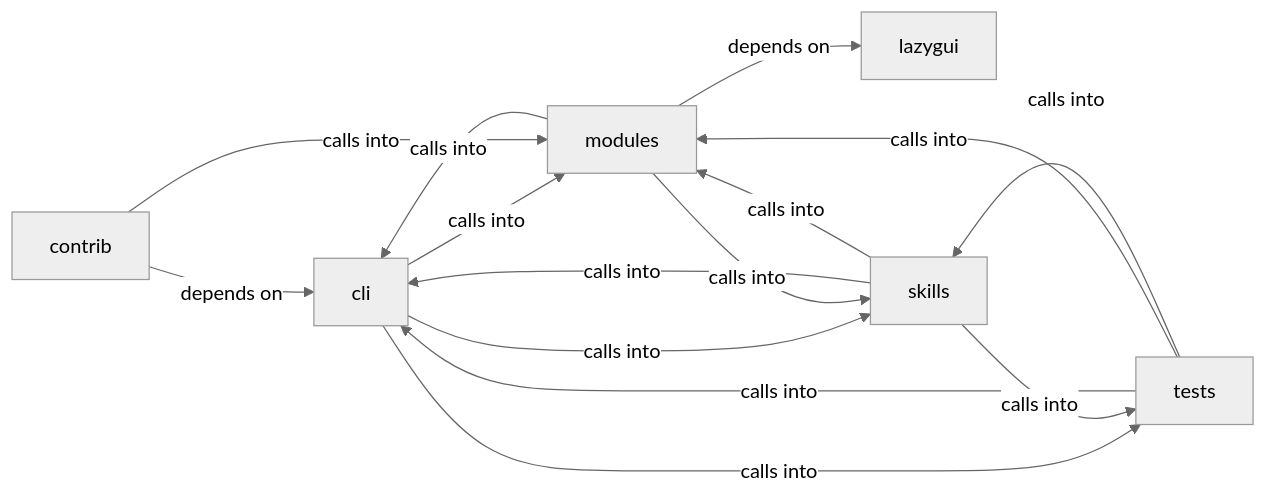
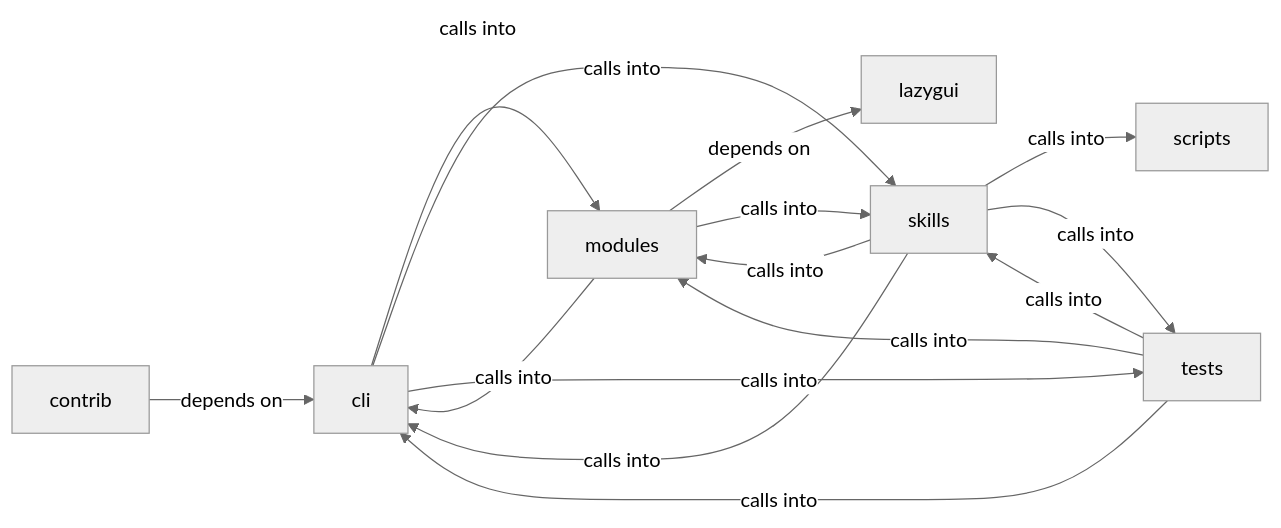
One commit to grisuno/LazyOwn changed the diagram in readmenator-diagrams/modules_autonomous_daemon.md. Above: the diagram before and after it, drawn with Mermaid (neutral theme). The commit also changed other lines of this file and 325 other files, not shown here.

````diff
--- a/readmenator-diagrams/modules_autonomous_daemon.md
+++ b/readmenator-diagrams/modules_autonomous_daemon.md
@@ -5,23 +5,24 @@
 ```mermaid
 graph LR
     cli["cli"]
     contrib["contrib"]
     lazygui["lazygui"]
     modules["modules"]
+    scripts["scripts"]
     skills["skills"]
     tests["tests"]
     cli -- "calls into" --> modules
     cli -- "calls into" --> skills
     cli -- "calls into" --> tests
     contrib -- "depends on" --> cli
-    contrib -- "calls into" --> modules
     modules -- "calls into" --> cli
     modules -- "depends on" --> lazygui
     modules -- "calls into" --> skills
     skills -- "calls into" --> cli
     skills -- "calls into" --> modules
+    skills -- "calls into" --> scripts
     skills -- "calls into" --> tests
     tests -- "calls into" --> cli
     tests -- "calls into" --> modules
     tests -- "calls into" --> skills
 ```
````
